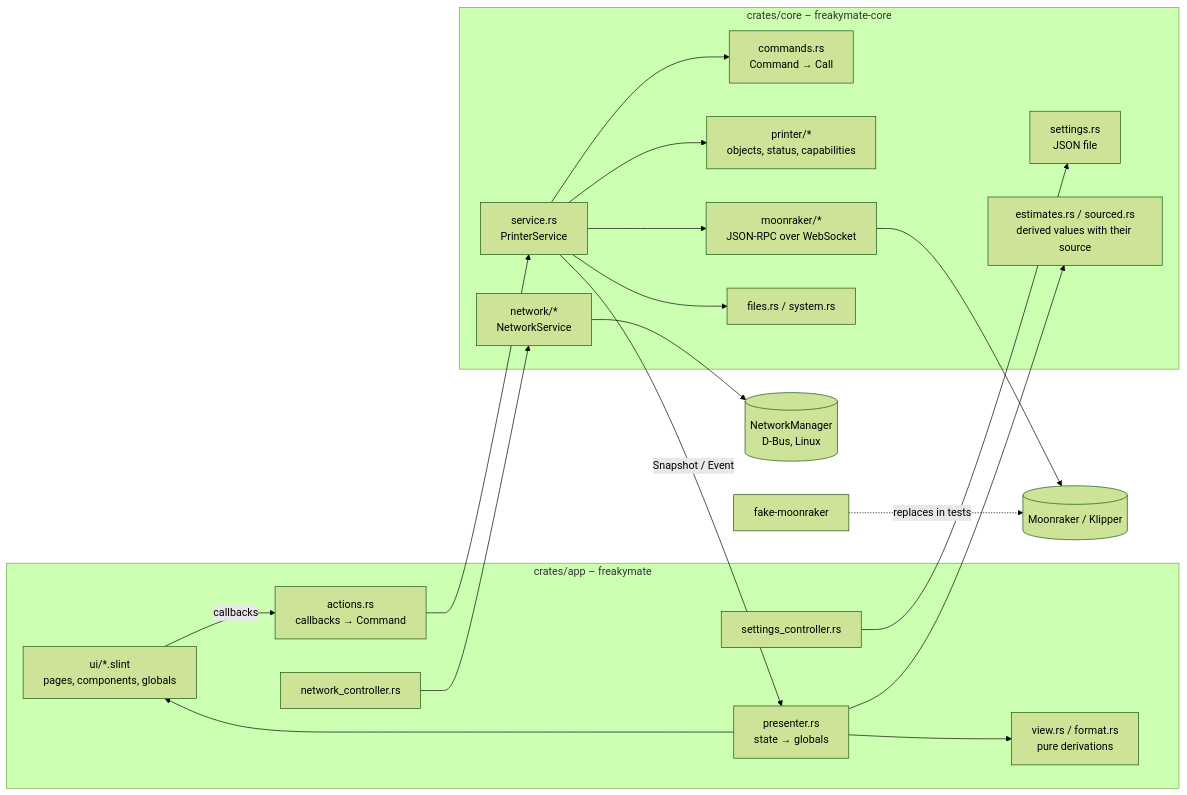
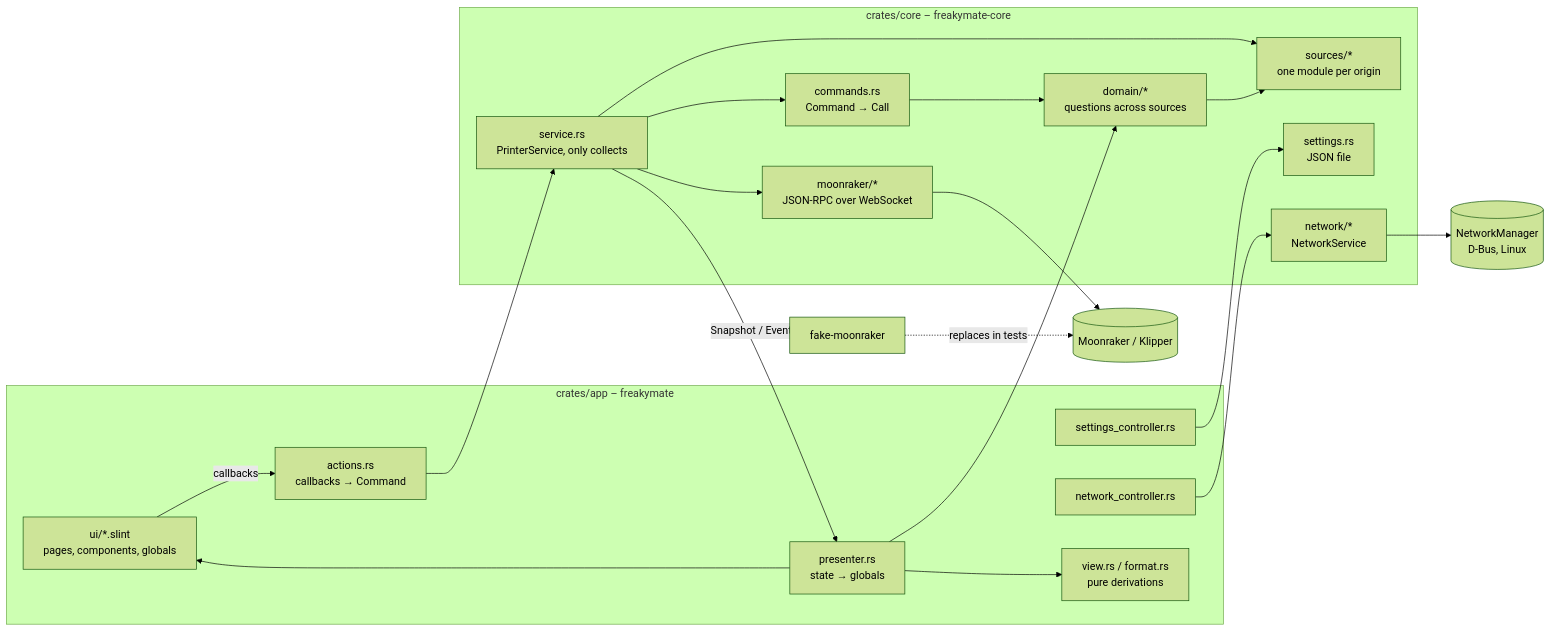
The diagram in docs/architecture.md (freakydude/klipper-touch), drawn with Mermaid (forest theme) before and after one commit. The commit also changed other lines of this file and 46 other files, not shown here.

First line of the commit message:
Organise the core by source: sources/ per origin, domain/ for questions across them

````diff
--- a/docs/architecture.md
+++ b/docs/architecture.md
@@ -9,36 +9,34 @@
 ```mermaid
 flowchart LR
     subgraph app [crates/app – freakymate]
         UI[ui/*.slint<br/>pages, components, globals]
         P[presenter.rs<br/>state → globals]
         A[actions.rs<br/>callbacks → Command]
         S[settings_controller.rs]
         N[network_controller.rs]
         V[view.rs / format.rs<br/>pure derivations]
     end
     subgraph core [crates/core – freakymate-core]
-        SVC[service.rs<br/>PrinterService]
+        SVC[service.rs<br/>PrinterService, only collects]
         CMD[commands.rs<br/>Command → Call]
-        PR[printer/*<br/>objects, status, capabilities]
+        DOM[domain/*<br/>questions across sources]
+        SRC[sources/*<br/>one module per origin]
         MR[moonraker/*<br/>JSON-RPC over WebSocket]
         SET[settings.rs<br/>JSON file]
-        FS[files.rs / system.rs]
-        EST[estimates.rs / sourced.rs<br/>derived values with their source]
         NET[network/*<br/>NetworkService]
     end
     M[(Moonraker / Klipper)]
     F[fake-moonraker]
     NM[(NetworkManager<br/>D-Bus, Linux)]
 
     UI -- callbacks --> A --> SVC
     SVC -- Snapshot / Event --> P --> UI
     P --> V
+    P --> DOM
     S --> SET
-    SVC --> CMD
-    SVC --> PR
-    SVC --> FS
-    P --> EST
+    SVC --> CMD --> DOM --> SRC
+    SVC --> SRC
     SVC --> MR --> M
     F -. replaces in tests .-> M
     N --> NET --> NM
 ```
````
